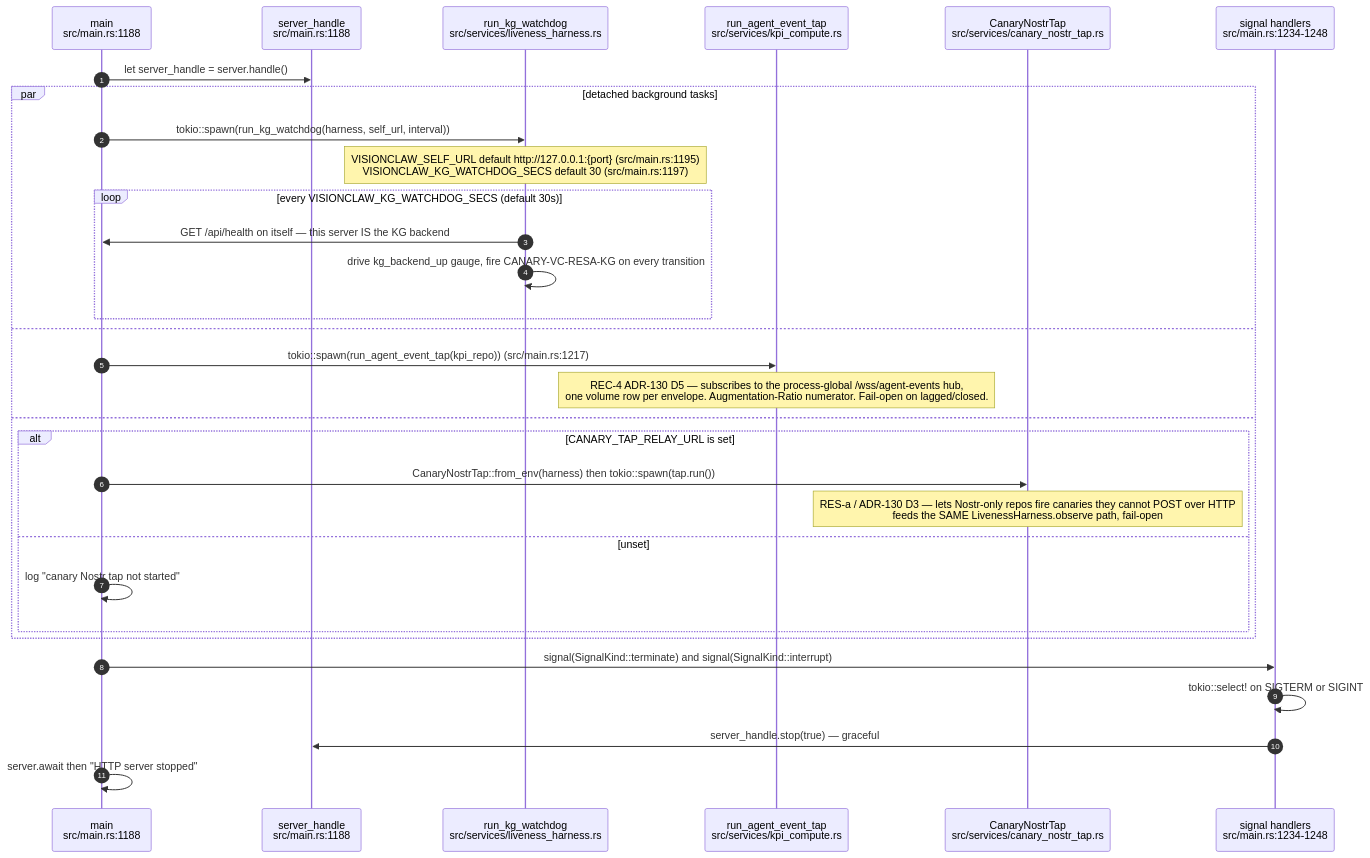
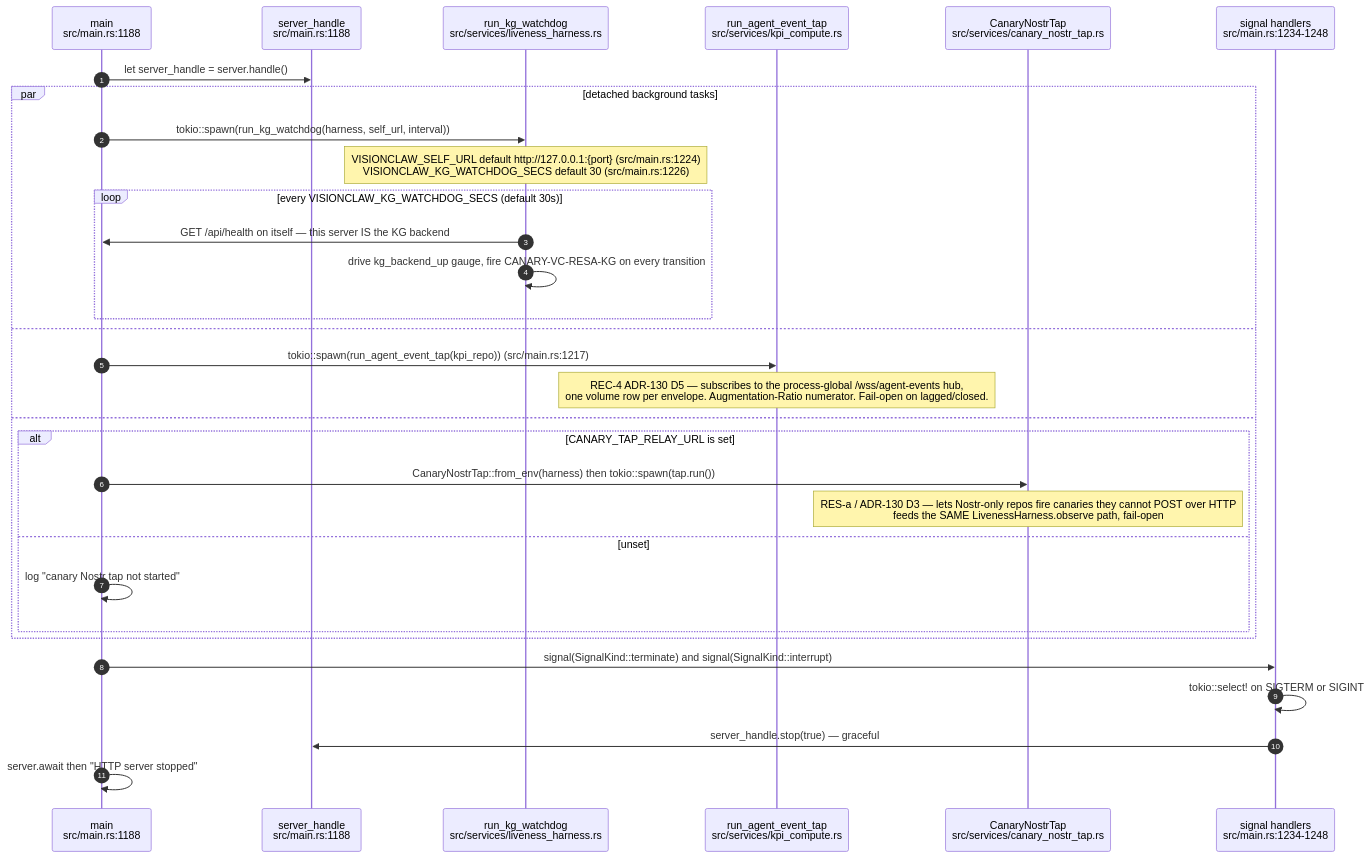
The eighth of 15 diagrams in docs/diagrams/visionclaw/01-boot-and-app-state.md (DreamLab-AI/VisionFlow), drawn with Mermaid before and after one commit. The commit also changed other lines of this file and 51 other files, not shown here.

First line of the commit message:
docs(diagrams): agentbox AB-01..13 re-attested anchor by anchor (980 anchors, 22 defects); checkpoint against an out-of-mesh writer

````diff
--- a/docs/diagrams/visionclaw/01-boot-and-app-state.md
+++ b/docs/diagrams/visionclaw/01-boot-and-app-state.md
@@ -355,34 +355,34 @@
 ```mermaid
 sequenceDiagram
     autonumber
     participant M as main<br/>src/main.rs:1188
     participant SH as server_handle<br/>src/main.rs:1188
     participant WD as run_kg_watchdog<br/>src/services/liveness_harness.rs
     participant TAP as run_agent_event_tap<br/>src/services/kpi_compute.rs
     participant CT as CanaryNostrTap<br/>src/services/canary_nostr_tap.rs
     participant SIG as signal handlers<br/>src/main.rs:1234-1248
 
     M->>SH: let server_handle = server.handle()
     par detached background tasks
         M->>WD: tokio::spawn(run_kg_watchdog(harness, self_url, interval))
-        Note over WD: VISIONCLAW_SELF_URL default http://127.0.0.1:{port} (src/main.rs:1195)<br/>VISIONCLAW_KG_WATCHDOG_SECS default 30 (src/main.rs:1197)
+        Note over WD: VISIONCLAW_SELF_URL default http://127.0.0.1:{port} (src/main.rs:1224)<br/>VISIONCLAW_KG_WATCHDOG_SECS default 30 (src/main.rs:1226)
         loop every VISIONCLAW_KG_WATCHDOG_SECS (default 30s)
             WD->>M: GET /api/health on itself — this server IS the KG backend
             WD->>WD: drive kg_backend_up gauge, fire CANARY-VC-RESA-KG on every transition
         end
     and
         M->>TAP: tokio::spawn(run_agent_event_tap(kpi_repo)) (src/main.rs:1217)
         Note over TAP: REC-4 ADR-130 D5 — subscribes to the process-global /wss/agent-events hub,<br/>one volume row per envelope. Augmentation-Ratio numerator. Fail-open on lagged/closed.
     and
         alt CANARY_TAP_RELAY_URL is set
             M->>CT: CanaryNostrTap::from_env(harness) then tokio::spawn(tap.run())
             Note over CT: RES-a / ADR-130 D3 — lets Nostr-only repos fire canaries they cannot POST over HTTP<br/>feeds the SAME LivenessHarness.observe path, fail-open
         else unset
             M->>M: log "canary Nostr tap not started"
         end
     end
     M->>SIG: signal(SignalKind::terminate) and signal(SignalKind::interrupt)
     SIG->>SIG: tokio::select! on SIGTERM or SIGINT
     SIG->>SH: server_handle.stop(true) — graceful
     M->>M: server.await then "HTTP server stopped"
 ```
````
